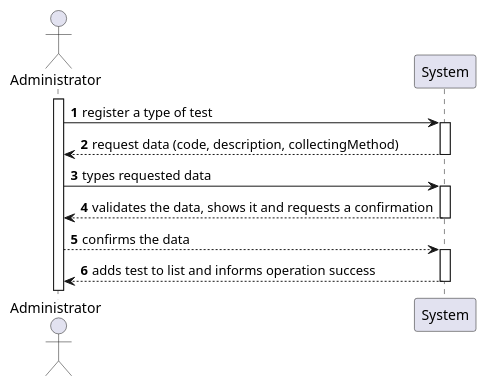
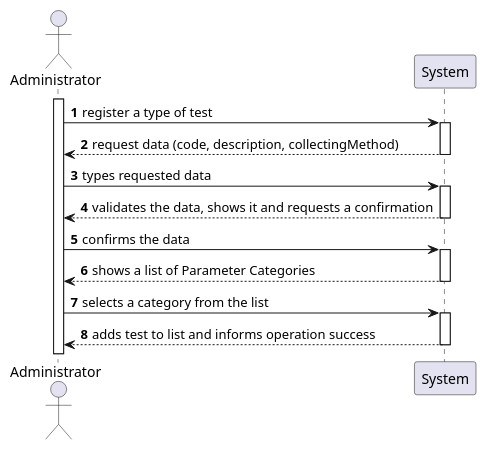
Before and after one commit to 0franciscor/lei-21-s2-1de-g19: the diagram in docs/SprintB/US09/US09-SSD.puml, drawn with PlantUML. The commit also changed 1 other file, not shown here.

```diff
--- a/docs/SprintB/US09/US09-SSD.puml
+++ b/docs/SprintB/US09/US09-SSD.puml
@@ -1,18 +1,21 @@
 @startuml
 'https://plantuml.com/sequence-diagram
 
 autonumber
 
 actor "Administrator" as admin
 activate admin
 
 admin -> System ++: register a type of test
 System -->  admin --: request data (code, description, collectingMethod)
 admin ->  System ++: types requested data
 System --> admin --: validates the data, shows it and requests a confirmation
-admin --> System++: confirms the data
+admin -> System ++: confirms the data
+System --> admin --: shows a list of Parameter Categories
+admin -> System ++: selects a category from the list
+
 System --> admin --: adds test to list and informs operation success
 
 
 
 @enduml
```
